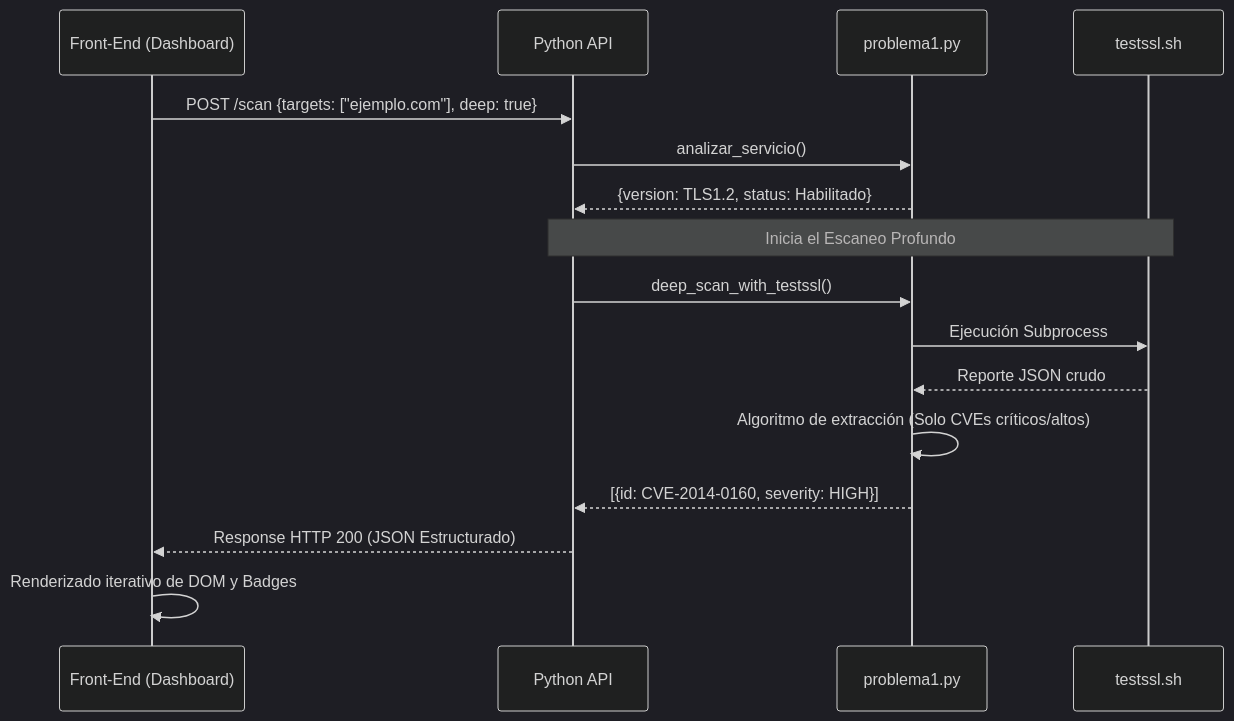
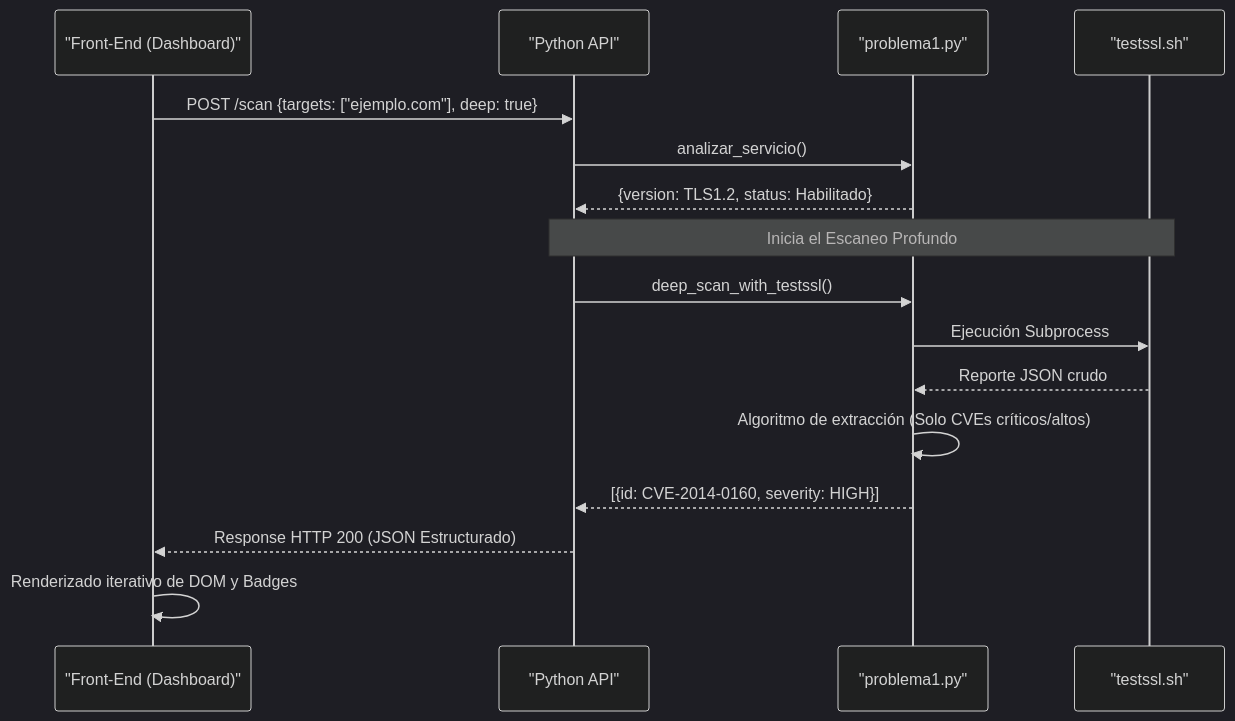
The second of 2 diagrams in README.md (FilipaoVfx/1Shield), drawn with Mermaid (dark theme) before and after one commit. The commit also changed other lines of this file, not shown here.

````diff
--- a/README.md
+++ b/README.md
@@ -96,21 +96,21 @@
 ```mermaid
 sequenceDiagram
-    participant UI as Front-End (Dashboard)
-    participant API as Python API
-    participant Core as problema1.py
-    participant TSSL as testssl.sh
+    participant UI as "Front-End (Dashboard)"
+    participant API as "Python API"
+    participant Core as "problema1.py"
+    participant TSSL as "testssl.sh"
     
     UI->>API: POST /scan {targets: ["ejemplo.com"], deep: true}
     API->>Core: analizar_servicio()
     Core-->>API: {version: TLS1.2, status: Habilitado}
     
     Note over API,TSSL: Inicia el Escaneo Profundo
     API->>Core: deep_scan_with_testssl()
     Core->>TSSL: Ejecución Subprocess
     TSSL-->>Core: Reporte JSON crudo
     Core->>Core: Algoritmo de extracción (Solo CVEs críticos/altos)
     Core-->>API: [{id: CVE-2014-0160, severity: HIGH}]
     
     API-->>UI: Response HTTP 200 (JSON Estructurado)
     UI->>UI: Renderizado iterativo de DOM y Badges
 ```
````
